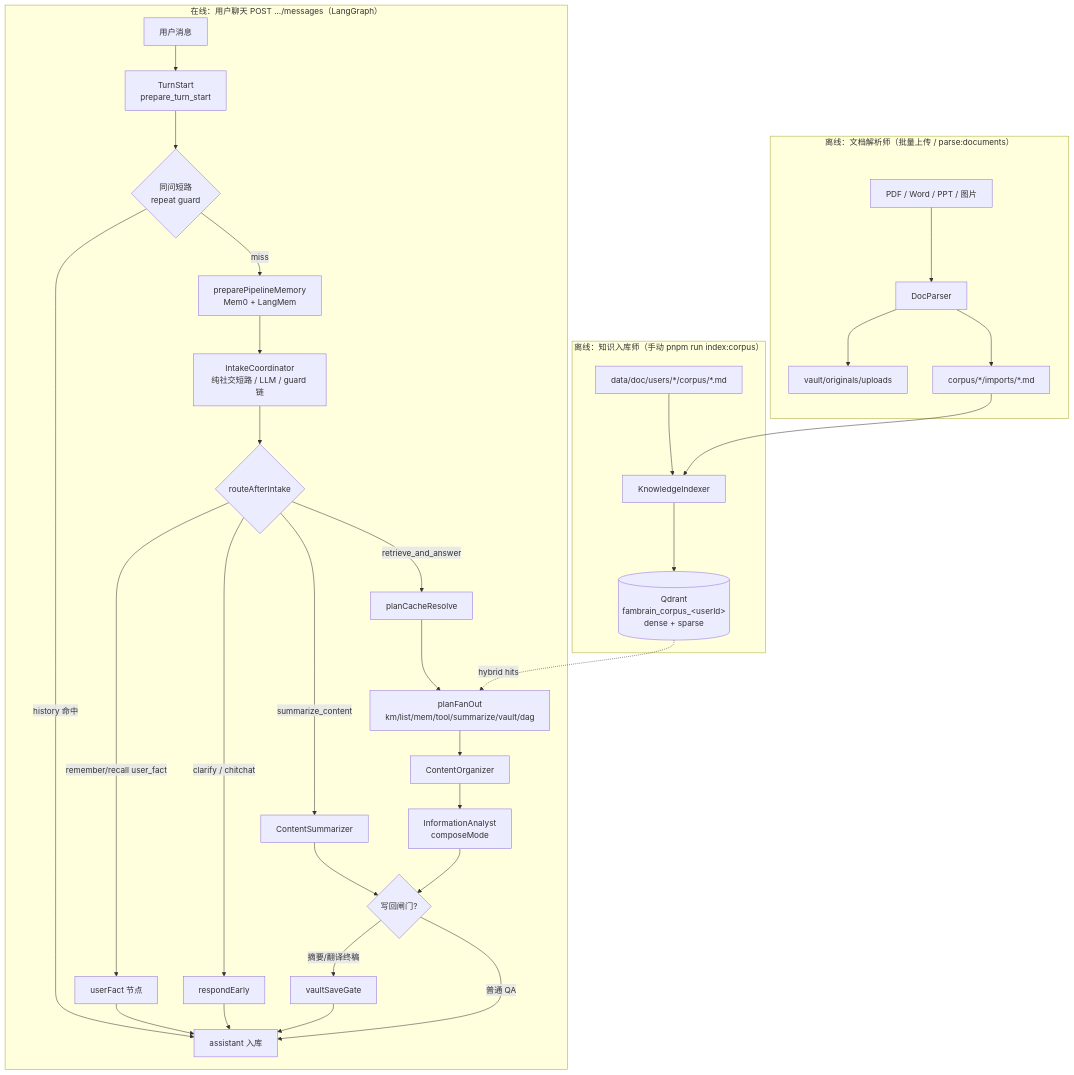
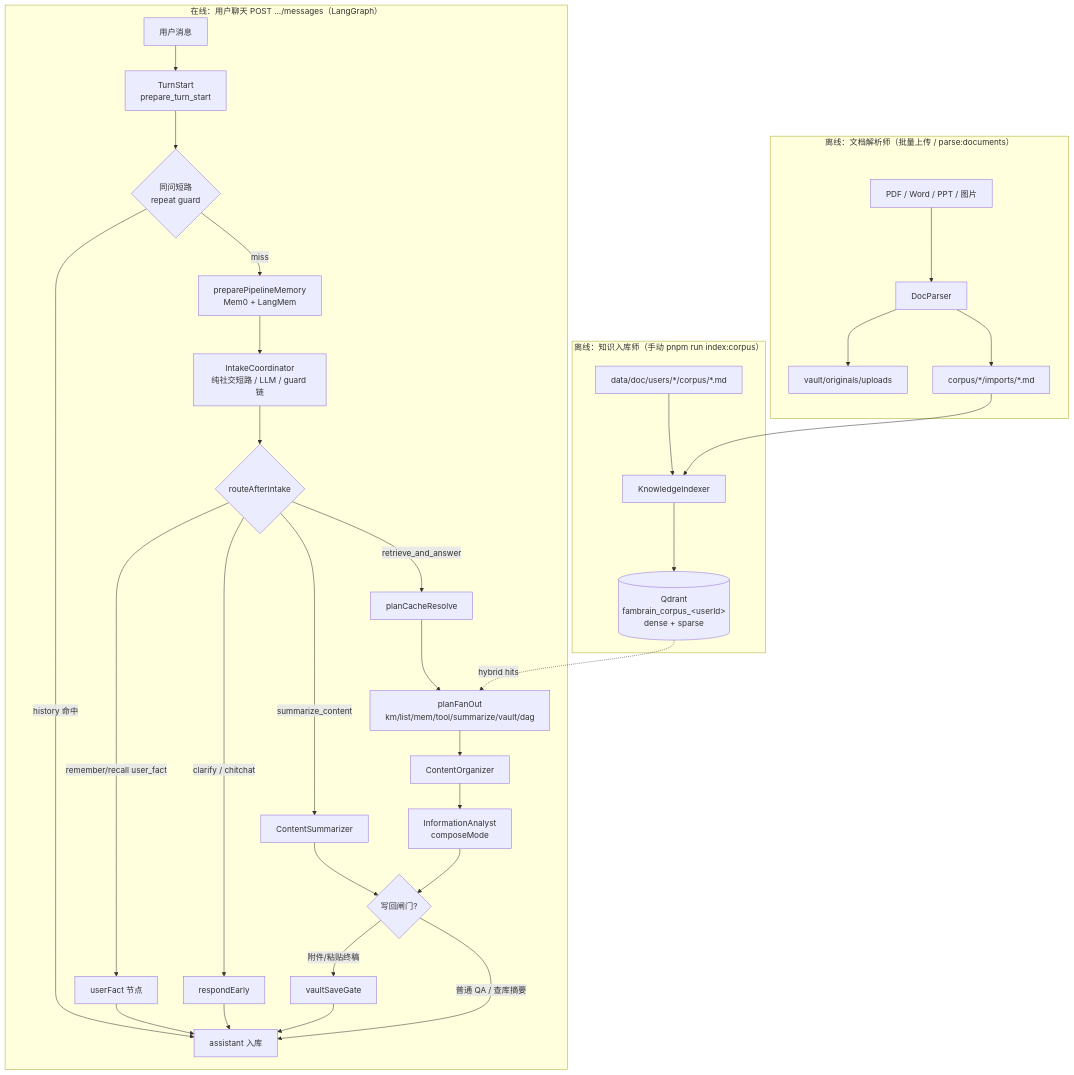
Before and after one commit to panzhanfei/agent: the first of 12 diagrams in docs/02-agent-flows.md, drawn with Mermaid. The commit also changed other lines of this file and 14 other files, not shown here.

Commit message:
vaultSaveGate 做业务功能上的收口

````diff
--- a/docs/02-agent-flows.md
+++ b/docs/02-agent-flows.md
@@ -62,45 +63,45 @@
 ```mermaid
 flowchart TB
   subgraph offline ["离线：知识入库师（手动 pnpm run index:corpus）"]
     MD["data/doc/users/*/corpus/*.md"]
     KI["KnowledgeIndexer"]
     QD[("Qdrant<br/>fambrain_corpus_&lt;userId&gt;<br/>dense + sparse")]
     MD --> KI --> QD
   end
 
   subgraph ingest ["离线：文档解析师（批量上传 / parse:documents）"]
     UP["PDF / Word / PPT / 图片"]
     DP["DocParser"]
     VAULT["vault/originals/uploads"]
     IMP["corpus/*/imports/*.md"]
     UP --> DP
     DP --> VAULT
     DP --> IMP
     IMP --> KI
   end
 
   subgraph online ["在线：用户聊天 POST .../messages（LangGraph）"]
     U[用户消息] --> PT[TurnStart<br/>prepare_turn_start]
     PT --> REP{同问短路<br/>repeat guard}
     REP -->|history 命中| OUT[assistant 流式输出]
     REP -->|miss| MEM["preparePipelineMemory<br/>Mem0 + LangMem"]
     MEM --> IC[IntakeCoordinator<br/>纯社交短路 / LLM / guard 链]
     IC --> P{routeAfterIntake}
     P -->|remember/recall user_fact| UF[userFact 节点]
     P -->|clarify / chitchat| R1[respondEarly]
     P -->|summarize_content| SUM[ContentSummarizer]
     P -->|retrieve_and_answer| PCR[planCacheResolve]
     PCR --> PE[planFanOut<br/>km/list/mem/tool/summarize/vault/dag]
     PE --> CO[ContentOrganizer]
     CO --> IA[InformationAnalyst<br/>composeMode]
     IA --> GATE{写回闸门?}
     SUM --> GATE
-    GATE -->|摘要/翻译终稿| VSG[vaultSaveGate]
-    GATE -->|普通 QA| OUT[assistant 入库]
+    GATE -->|附件/粘贴终稿| VSG[vaultSaveGate]
+    GATE -->|普通 QA / 查库摘要| OUT[assistant 入库]
     VSG --> OUT
     UF --> OUT
     R1 --> OUT
   end
 
   QD -.->|hybrid hits| PE
 ```
````
